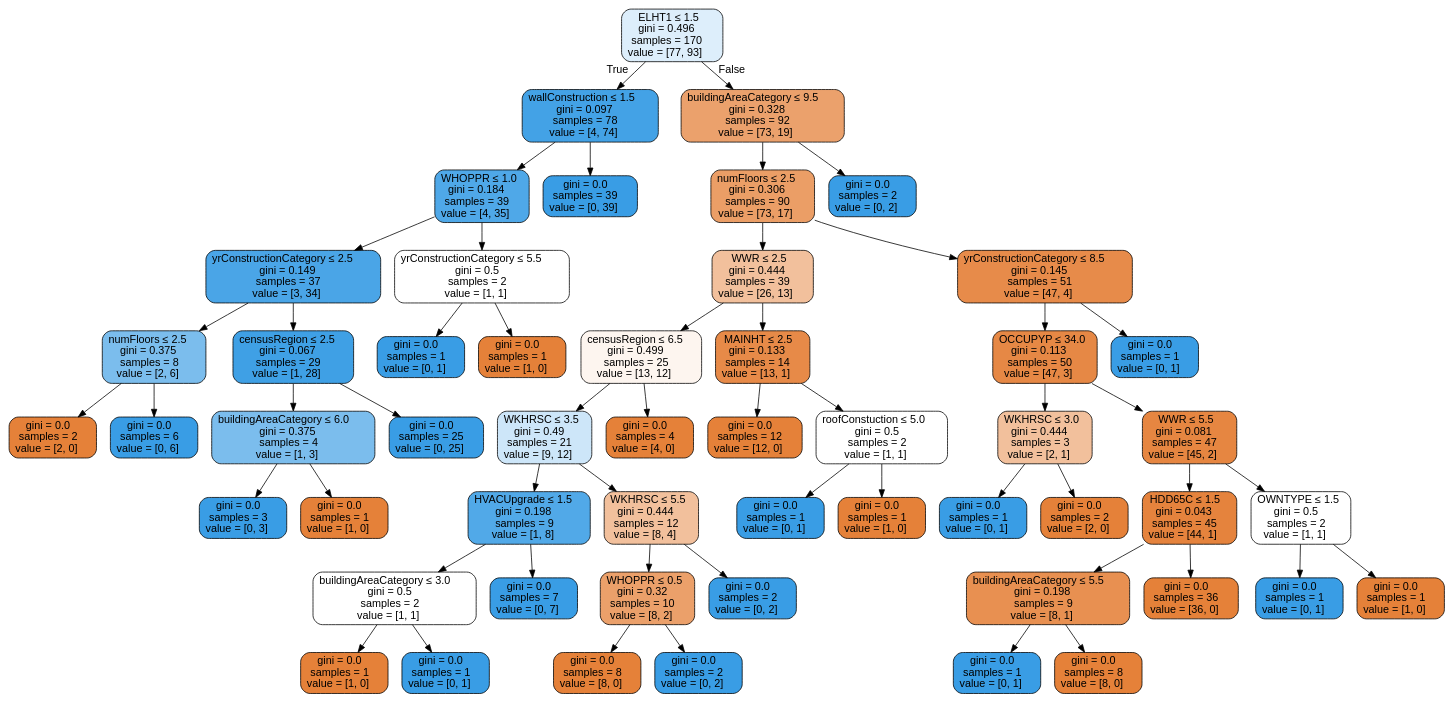
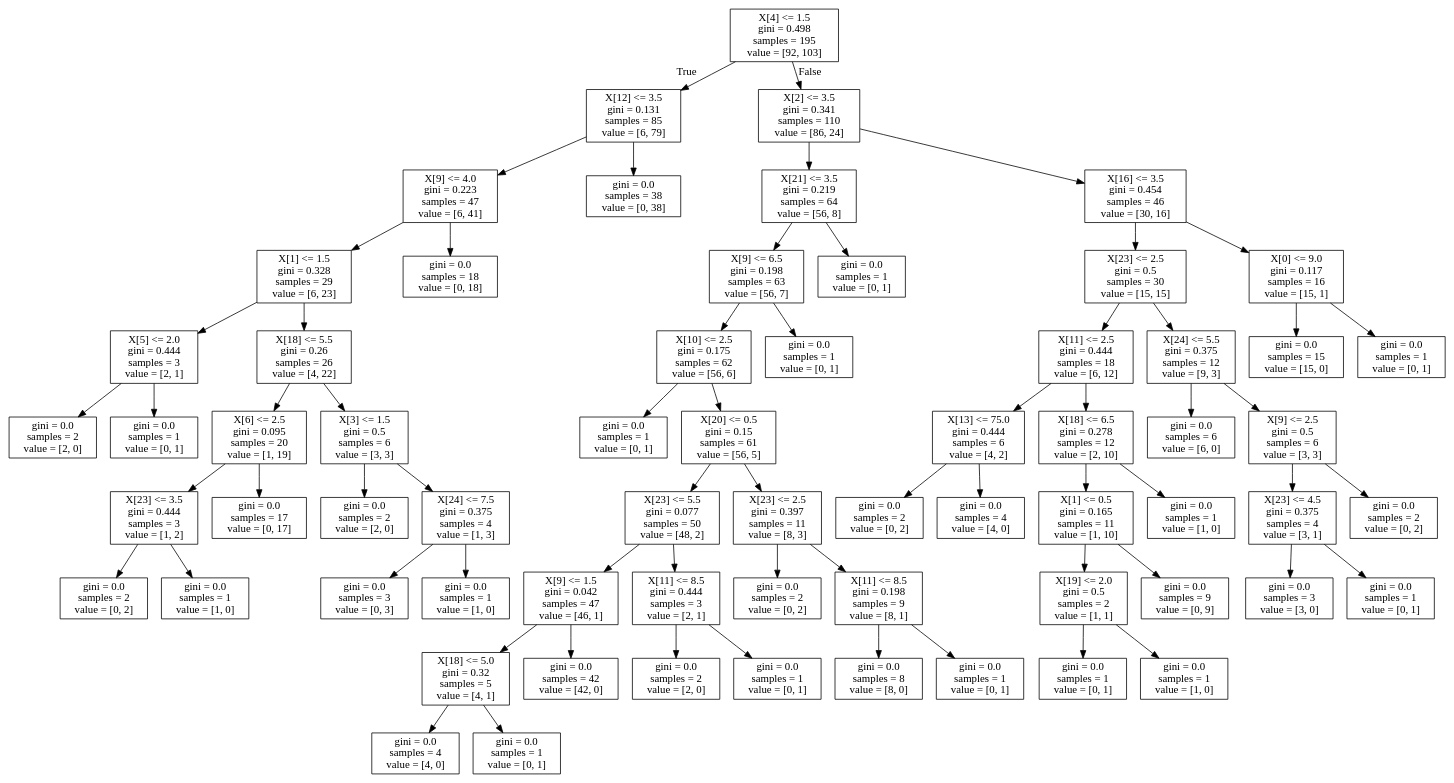
One commit to Zicao/IntelligentBuildingPerformanceDesign changed the diagram in application/tree.dot. Above: the diagram before and after it, drawn with Graphviz. The commit also changed 13 other files, not shown here.

```diff
--- a/application/tree.dot
+++ b/application/tree.dot
@@ -1,109 +1,132 @@
 digraph Tree {
-node [shape=box, style="filled, rounded", color="black", fontname=helvetica] ;
-edge [fontname=helvetica] ;
-0 [label=<ELHT1 &le; 1.5<br/>gini = 0.496<br/>samples = 170<br/>value = [77, 93]>, fillcolor="#399de52c"] ;
-1 [label=<wallConstruction &le; 1.5<br/>gini = 0.097<br/>samples = 78<br/>value = [4, 74]>, fillcolor="#399de5f1"] ;
+node [shape=box] ;
+0 [label="X[4] <= 1.5\ngini = 0.498\nsamples = 195\nvalue = [92, 103]"] ;
+1 [label="X[12] <= 3.5\ngini = 0.131\nsamples = 85\nvalue = [6, 79]"] ;
 0 -> 1 [labeldistance=2.5, labelangle=45, headlabel="True"] ;
-2 [label=<WHOPPR &le; 1.0<br/>gini = 0.184<br/>samples = 39<br/>value = [4, 35]>, fillcolor="#399de5e2"] ;
+2 [label="X[9] <= 4.0\ngini = 0.223\nsamples = 47\nvalue = [6, 41]"] ;
 1 -> 2 ;
-3 [label=<yrConstructionCategory &le; 2.5<br/>gini = 0.149<br/>samples = 37<br/>value = [3, 34]>, fillcolor="#399de5e9"] ;
+3 [label="X[1] <= 1.5\ngini = 0.328\nsamples = 29\nvalue = [6, 23]"] ;
 2 -> 3 ;
-4 [label=<numFloors &le; 2.5<br/>gini = 0.375<br/>samples = 8<br/>value = [2, 6]>, fillcolor="#399de5aa"] ;
+4 [label="X[5] <= 2.0\ngini = 0.444\nsamples = 3\nvalue = [2, 1]"] ;
 3 -> 4 ;
-5 [label=<gini = 0.0<br/>samples = 2<br/>value = [2, 0]>, fillcolor="#e58139ff"] ;
+5 [label="gini = 0.0\nsamples = 2\nvalue = [2, 0]"] ;
 4 -> 5 ;
-6 [label=<gini = 0.0<br/>samples = 6<br/>value = [0, 6]>, fillcolor="#399de5ff"] ;
+6 [label="gini = 0.0\nsamples = 1\nvalue = [0, 1]"] ;
 4 -> 6 ;
-7 [label=<censusRegion &le; 2.5<br/>gini = 0.067<br/>samples = 29<br/>value = [1, 28]>, fillcolor="#399de5f6"] ;
+7 [label="X[18] <= 5.5\ngini = 0.26\nsamples = 26\nvalue = [4, 22]"] ;
 3 -> 7 ;
-8 [label=<buildingAreaCategory &le; 6.0<br/>gini = 0.375<br/>samples = 4<br/>value = [1, 3]>, fillcolor="#399de5aa"] ;
+8 [label="X[6] <= 2.5\ngini = 0.095\nsamples = 20\nvalue = [1, 19]"] ;
 7 -> 8 ;
-9 [label=<gini = 0.0<br/>samples = 3<br/>value = [0, 3]>, fillcolor="#399de5ff"] ;
+9 [label="X[23] <= 3.5\ngini = 0.444\nsamples = 3\nvalue = [1, 2]"] ;
 8 -> 9 ;
-10 [label=<gini = 0.0<br/>samples = 1<br/>value = [1, 0]>, fillcolor="#e58139ff"] ;
-8 -> 10 ;
-11 [label=<gini = 0.0<br/>samples = 25<br/>value = [0, 25]>, fillcolor="#399de5ff"] ;
-7 -> 11 ;
-12 [label=<yrConstructionCategory &le; 5.5<br/>gini = 0.5<br/>samples = 2<br/>value = [1, 1]>, fillcolor="#e5813900"] ;
-2 -> 12 ;
-13 [label=<gini = 0.0<br/>samples = 1<br/>value = [0, 1]>, fillcolor="#399de5ff"] ;
-12 -> 13 ;
-14 [label=<gini = 0.0<br/>samples = 1<br/>value = [1, 0]>, fillcolor="#e58139ff"] ;
-12 -> 14 ;
-15 [label=<gini = 0.0<br/>samples = 39<br/>value = [0, 39]>, fillcolor="#399de5ff"] ;
-1 -> 15 ;
-16 [label=<buildingAreaCategory &le; 9.5<br/>gini = 0.328<br/>samples = 92<br/>value = [73, 19]>, fillcolor="#e58139bd"] ;
-0 -> 16 [labeldistance=2.5, labelangle=-45, headlabel="False"] ;
-17 [label=<numFloors &le; 2.5<br/>gini = 0.306<br/>samples = 90<br/>value = [73, 17]>, fillcolor="#e58139c4"] ;
-16 -> 17 ;
-18 [label=<WWR &le; 2.5<br/>gini = 0.444<br/>samples = 39<br/>value = [26, 13]>, fillcolor="#e581397f"] ;
-17 -> 18 ;
-19 [label=<censusRegion &le; 6.5<br/>gini = 0.499<br/>samples = 25<br/>value = [13, 12]>, fillcolor="#e5813914"] ;
-18 -> 19 ;
-20 [label=<WKHRSC &le; 3.5<br/>gini = 0.49<br/>samples = 21<br/>value = [9, 12]>, fillcolor="#399de540"] ;
-19 -> 20 ;
-21 [label=<HVACUpgrade &le; 1.5<br/>gini = 0.198<br/>samples = 9<br/>value = [1, 8]>, fillcolor="#399de5df"] ;
+10 [label="gini = 0.0\nsamples = 2\nvalue = [0, 2]"] ;
+9 -> 10 ;
+11 [label="gini = 0.0\nsamples = 1\nvalue = [1, 0]"] ;
+9 -> 11 ;
+12 [label="gini = 0.0\nsamples = 17\nvalue = [0, 17]"] ;
+8 -> 12 ;
+13 [label="X[3] <= 1.5\ngini = 0.5\nsamples = 6\nvalue = [3, 3]"] ;
+7 -> 13 ;
+14 [label="gini = 0.0\nsamples = 2\nvalue = [2, 0]"] ;
+13 -> 14 ;
+15 [label="X[24] <= 7.5\ngini = 0.375\nsamples = 4\nvalue = [1, 3]"] ;
+13 -> 15 ;
+16 [label="gini = 0.0\nsamples = 3\nvalue = [0, 3]"] ;
+15 -> 16 ;
+17 [label="gini = 0.0\nsamples = 1\nvalue = [1, 0]"] ;
+15 -> 17 ;
+18 [label="gini = 0.0\nsamples = 18\nvalue = [0, 18]"] ;
+2 -> 18 ;
+19 [label="gini = 0.0\nsamples = 38\nvalue = [0, 38]"] ;
+1 -> 19 ;
+20 [label="X[2] <= 3.5\ngini = 0.341\nsamples = 110\nvalue = [86, 24]"] ;
+0 -> 20 [labeldistance=2.5, labelangle=-45, headlabel="False"] ;
+21 [label="X[21] <= 3.5\ngini = 0.219\nsamples = 64\nvalue = [56, 8]"] ;
 20 -> 21 ;
-22 [label=<buildingAreaCategory &le; 3.0<br/>gini = 0.5<br/>samples = 2<br/>value = [1, 1]>, fillcolor="#e5813900"] ;
+22 [label="X[9] <= 6.5\ngini = 0.198\nsamples = 63\nvalue = [56, 7]"] ;
 21 -> 22 ;
-23 [label=<gini = 0.0<br/>samples = 1<br/>value = [1, 0]>, fillcolor="#e58139ff"] ;
+23 [label="X[10] <= 2.5\ngini = 0.175\nsamples = 62\nvalue = [56, 6]"] ;
 22 -> 23 ;
-24 [label=<gini = 0.0<br/>samples = 1<br/>value = [0, 1]>, fillcolor="#399de5ff"] ;
-22 -> 24 ;
-25 [label=<gini = 0.0<br/>samples = 7<br/>value = [0, 7]>, fillcolor="#399de5ff"] ;
-21 -> 25 ;
-26 [label=<WKHRSC &le; 5.5<br/>gini = 0.444<br/>samples = 12<br/>value = [8, 4]>, fillcolor="#e581397f"] ;
-20 -> 26 ;
-27 [label=<WHOPPR &le; 0.5<br/>gini = 0.32<br/>samples = 10<br/>value = [8, 2]>, fillcolor="#e58139bf"] ;
+24 [label="gini = 0.0\nsamples = 1\nvalue = [0, 1]"] ;
+23 -> 24 ;
+25 [label="X[20] <= 0.5\ngini = 0.15\nsamples = 61\nvalue = [56, 5]"] ;
+23 -> 25 ;
+26 [label="X[23] <= 5.5\ngini = 0.077\nsamples = 50\nvalue = [48, 2]"] ;
+25 -> 26 ;
+27 [label="X[9] <= 1.5\ngini = 0.042\nsamples = 47\nvalue = [46, 1]"] ;
 26 -> 27 ;
-28 [label=<gini = 0.0<br/>samples = 8<br/>value = [8, 0]>, fillcolor="#e58139ff"] ;
+28 [label="X[18] <= 5.0\ngini = 0.32\nsamples = 5\nvalue = [4, 1]"] ;
 27 -> 28 ;
-29 [label=<gini = 0.0<br/>samples = 2<br/>value = [0, 2]>, fillcolor="#399de5ff"] ;
-27 -> 29 ;
-30 [label=<gini = 0.0<br/>samples = 2<br/>value = [0, 2]>, fillcolor="#399de5ff"] ;
-26 -> 30 ;
-31 [label=<gini = 0.0<br/>samples = 4<br/>value = [4, 0]>, fillcolor="#e58139ff"] ;
-19 -> 31 ;
-32 [label=<MAINHT &le; 2.5<br/>gini = 0.133<br/>samples = 14<br/>value = [13, 1]>, fillcolor="#e58139eb"] ;
-18 -> 32 ;
-33 [label=<gini = 0.0<br/>samples = 12<br/>value = [12, 0]>, fillcolor="#e58139ff"] ;
+29 [label="gini = 0.0\nsamples = 4\nvalue = [4, 0]"] ;
+28 -> 29 ;
+30 [label="gini = 0.0\nsamples = 1\nvalue = [0, 1]"] ;
+28 -> 30 ;
+31 [label="gini = 0.0\nsamples = 42\nvalue = [42, 0]"] ;
+27 -> 31 ;
+32 [label="X[11] <= 8.5\ngini = 0.444\nsamples = 3\nvalue = [2, 1]"] ;
+26 -> 32 ;
+33 [label="gini = 0.0\nsamples = 2\nvalue = [2, 0]"] ;
 32 -> 33 ;
-34 [label=<roofConstuction &le; 5.0<br/>gini = 0.5<br/>samples = 2<br/>value = [1, 1]>, fillcolor="#e5813900"] ;
+34 [label="gini = 0.0\nsamples = 1\nvalue = [0, 1]"] ;
 32 -> 34 ;
-35 [label=<gini = 0.0<br/>samples = 1<br/>value = [0, 1]>, fillcolor="#399de5ff"] ;
-34 -> 35 ;
-36 [label=<gini = 0.0<br/>samples = 1<br/>value = [1, 0]>, fillcolor="#e58139ff"] ;
-34 -> 36 ;
-37 [label=<yrConstructionCategory &le; 8.5<br/>gini = 0.145<br/>samples = 51<br/>value = [47, 4]>, fillcolor="#e58139e9"] ;
-17 -> 37 ;
-38 [label=<OCCUPYP &le; 34.0<br/>gini = 0.113<br/>samples = 50<br/>value = [47, 3]>, fillcolor="#e58139ef"] ;
+35 [label="X[23] <= 2.5\ngini = 0.397\nsamples = 11\nvalue = [8, 3]"] ;
+25 -> 35 ;
+36 [label="gini = 0.0\nsamples = 2\nvalue = [0, 2]"] ;
+35 -> 36 ;
+37 [label="X[11] <= 8.5\ngini = 0.198\nsamples = 9\nvalue = [8, 1]"] ;
+35 -> 37 ;
+38 [label="gini = 0.0\nsamples = 8\nvalue = [8, 0]"] ;
 37 -> 38 ;
-39 [label=<WKHRSC &le; 3.0<br/>gini = 0.444<br/>samples = 3<br/>value = [2, 1]>, fillcolor="#e581397f"] ;
-38 -> 39 ;
-40 [label=<gini = 0.0<br/>samples = 1<br/>value = [0, 1]>, fillcolor="#399de5ff"] ;
-39 -> 40 ;
-41 [label=<gini = 0.0<br/>samples = 2<br/>value = [2, 0]>, fillcolor="#e58139ff"] ;
-39 -> 41 ;
-42 [label=<WWR &le; 5.5<br/>gini = 0.081<br/>samples = 47<br/>value = [45, 2]>, fillcolor="#e58139f4"] ;
-38 -> 42 ;
-43 [label=<HDD65C &le; 1.5<br/>gini = 0.043<br/>samples = 45<br/>value = [44, 1]>, fillcolor="#e58139f9"] ;
+39 [label="gini = 0.0\nsamples = 1\nvalue = [0, 1]"] ;
+37 -> 39 ;
+40 [label="gini = 0.0\nsamples = 1\nvalue = [0, 1]"] ;
+22 -> 40 ;
+41 [label="gini = 0.0\nsamples = 1\nvalue = [0, 1]"] ;
+21 -> 41 ;
+42 [label="X[16] <= 3.5\ngini = 0.454\nsamples = 46\nvalue = [30, 16]"] ;
+20 -> 42 ;
+43 [label="X[23] <= 2.5\ngini = 0.5\nsamples = 30\nvalue = [15, 15]"] ;
 42 -> 43 ;
-44 [label=<buildingAreaCategory &le; 5.5<br/>gini = 0.198<br/>samples = 9<br/>value = [8, 1]>, fillcolor="#e58139df"] ;
+44 [label="X[11] <= 2.5\ngini = 0.444\nsamples = 18\nvalue = [6, 12]"] ;
 43 -> 44 ;
-45 [label=<gini = 0.0<br/>samples = 1<br/>value = [0, 1]>, fillcolor="#399de5ff"] ;
+45 [label="X[13] <= 75.0\ngini = 0.444\nsamples = 6\nvalue = [4, 2]"] ;
 44 -> 45 ;
-46 [label=<gini = 0.0<br/>samples = 8<br/>value = [8, 0]>, fillcolor="#e58139ff"] ;
-44 -> 46 ;
-47 [label=<gini = 0.0<br/>samples = 36<br/>value = [36, 0]>, fillcolor="#e58139ff"] ;
-43 -> 47 ;
-48 [label=<OWNTYPE &le; 1.5<br/>gini = 0.5<br/>samples = 2<br/>value = [1, 1]>, fillcolor="#e5813900"] ;
-42 -> 48 ;
-49 [label=<gini = 0.0<br/>samples = 1<br/>value = [0, 1]>, fillcolor="#399de5ff"] ;
+46 [label="gini = 0.0\nsamples = 2\nvalue = [0, 2]"] ;
+45 -> 46 ;
+47 [label="gini = 0.0\nsamples = 4\nvalue = [4, 0]"] ;
+45 -> 47 ;
+48 [label="X[18] <= 6.5\ngini = 0.278\nsamples = 12\nvalue = [2, 10]"] ;
+44 -> 48 ;
+49 [label="X[1] <= 0.5\ngini = 0.165\nsamples = 11\nvalue = [1, 10]"] ;
 48 -> 49 ;
-50 [label=<gini = 0.0<br/>samples = 1<br/>value = [1, 0]>, fillcolor="#e58139ff"] ;
-48 -> 50 ;
-51 [label=<gini = 0.0<br/>samples = 1<br/>value = [0, 1]>, fillcolor="#399de5ff"] ;
-37 -> 51 ;
-52 [label=<gini = 0.0<br/>samples = 2<br/>value = [0, 2]>, fillcolor="#399de5ff"] ;
-16 -> 52 ;
+50 [label="X[19] <= 2.0\ngini = 0.5\nsamples = 2\nvalue = [1, 1]"] ;
+49 -> 50 ;
+51 [label="gini = 0.0\nsamples = 1\nvalue = [0, 1]"] ;
+50 -> 51 ;
+52 [label="gini = 0.0\nsamples = 1\nvalue = [1, 0]"] ;
+50 -> 52 ;
+53 [label="gini = 0.0\nsamples = 9\nvalue = [0, 9]"] ;
+49 -> 53 ;
+54 [label="gini = 0.0\nsamples = 1\nvalue = [1, 0]"] ;
+48 -> 54 ;
+55 [label="X[24] <= 5.5\ngini = 0.375\nsamples = 12\nvalue = [9, 3]"] ;
+43 -> 55 ;
+56 [label="gini = 0.0\nsamples = 6\nvalue = [6, 0]"] ;
+55 -> 56 ;
+57 [label="X[9] <= 2.5\ngini = 0.5\nsamples = 6\nvalue = [3, 3]"] ;
+55 -> 57 ;
+58 [label="X[23] <= 4.5\ngini = 0.375\nsamples = 4\nvalue = [3, 1]"] ;
+57 -> 58 ;
+59 [label="gini = 0.0\nsamples = 3\nvalue = [3, 0]"] ;
+58 -> 59 ;
+60 [label="gini = 0.0\nsamples = 1\nvalue = [0, 1]"] ;
+58 -> 60 ;
+61 [label="gini = 0.0\nsamples = 2\nvalue = [0, 2]"] ;
+57 -> 61 ;
+62 [label="X[0] <= 9.0\ngini = 0.117\nsamples = 16\nvalue = [15, 1]"] ;
+42 -> 62 ;
+63 [label="gini = 0.0\nsamples = 15\nvalue = [15, 0]"] ;
+62 -> 63 ;
+64 [label="gini = 0.0\nsamples = 1\nvalue = [0, 1]"] ;
+62 -> 64 ;
 }
```
